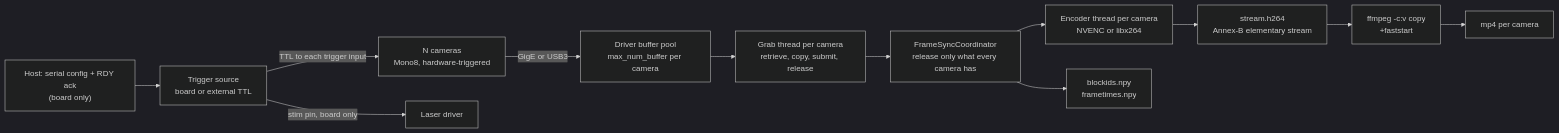
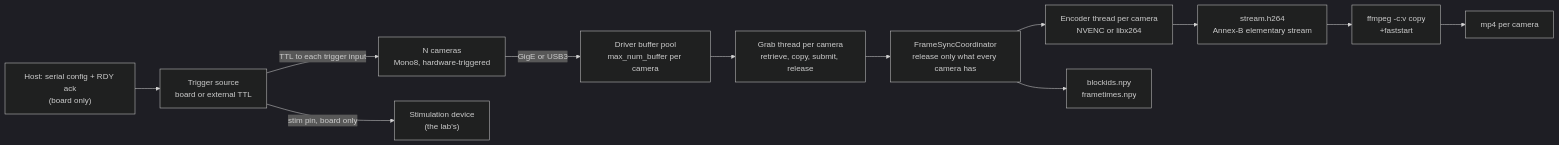
The first of 6 diagrams in docs/INTERNALS.md (talmolab/panopticon), drawn with Mermaid (dark theme) before and after one commit. The commit also changed other lines of this file and 20 other files, not shown here.

````diff
--- a/docs/INTERNALS.md
+++ b/docs/INTERNALS.md
@@ -51,14 +52,14 @@
 ```mermaid
 flowchart LR
   HOST["Host: serial config + RDY ack<br>(board only)"] --> SRC["Trigger source<br>board or external TTL"]
   SRC -->|"TTL to each trigger input"| CAMS["N cameras<br>Mono8, hardware-triggered"]
-  SRC -->|"stim pin, board only"| LASER["Laser driver"]
+  SRC -->|"stim pin, board only"| STIM["Stimulation device<br>(the lab's)"]
   CAMS -->|"GigE or USB3"| POOL["Driver buffer pool<br>max_num_buffer per camera"]
   POOL --> GRAB["Grab thread per camera<br>retrieve, copy, submit, release"]
   GRAB --> COORD["FrameSyncCoordinator<br>release only what every camera has"]
   COORD --> ENC["Encoder thread per camera<br>NVENC or libx264"]
   ENC --> H264["stream.h264<br>Annex-B elementary stream"]
   H264 --> REMUX["ffmpeg -c:v copy<br>+faststart"]
   REMUX --> MP4["mp4 per camera"]
   COORD --> META["blockids.npy<br>frametimes.npy"]
 ```
````
